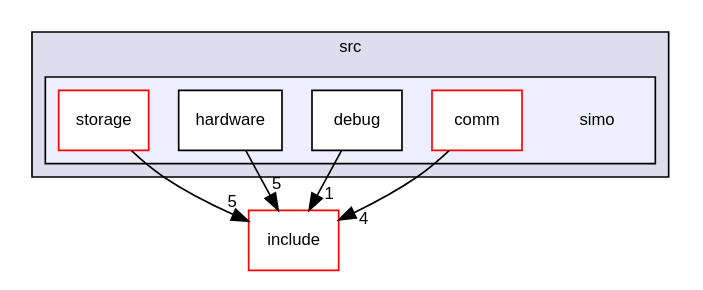
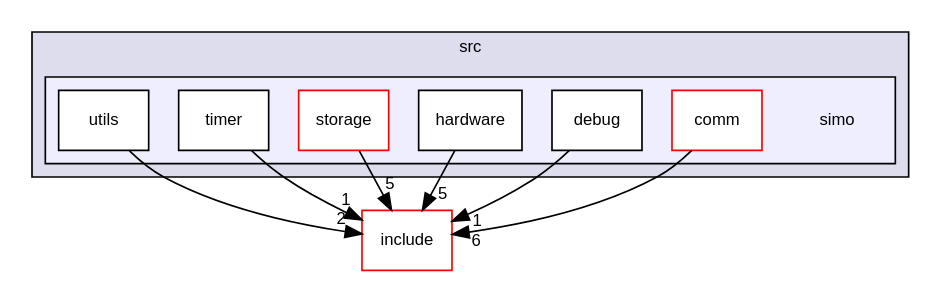
One commit to Germanvelardez2018/simo.v2 changed the diagram in docs/dir_c4acac0979fb7e09bcb67a660e699ac3_dep.dot. Above: the diagram before and after it, drawn with Graphviz. The commit also changed 212 other files, not shown here.

```diff
--- a/docs/dir_c4acac0979fb7e09bcb67a660e699ac3_dep.dot
+++ b/docs/dir_c4acac0979fb7e09bcb67a660e699ac3_dep.dot
@@ -1,21 +1,25 @@
 digraph "core/src/simo" {
   compound=true
   node [ fontsize="10", fontname="Helvetica"];
   edge [ labelfontsize="10", labelfontname="Helvetica"];
   subgraph clusterdir_90fd98a0ba30abf7a6068a44995d2d6b {
     graph [ bgcolor="#ddddee", pencolor="black", label="src" fontname="Helvetica", fontsize="10", URL="dir_90fd98a0ba30abf7a6068a44995d2d6b.html"]
   subgraph clusterdir_c4acac0979fb7e09bcb67a660e699ac3 {
     graph [ bgcolor="#eeeeff", pencolor="black", label="" URL="dir_c4acac0979fb7e09bcb67a660e699ac3.html"];
     dir_c4acac0979fb7e09bcb67a660e699ac3 [shape=plaintext label="simo"];
     dir_6fa789263611014976c50996af3517c5 [shape=box label="comm" color="red" fillcolor="white" style="filled" URL="dir_6fa789263611014976c50996af3517c5.html"];
     dir_1214f108a158601785dad9b171a6a316 [shape=box label="debug" color="black" fillcolor="white" style="filled" URL="dir_1214f108a158601785dad9b171a6a316.html"];
     dir_6d88a1801a5915da0665f21e766a543a [shape=box label="hardware" color="black" fillcolor="white" style="filled" URL="dir_6d88a1801a5915da0665f21e766a543a.html"];
     dir_2c8bc93ff3a5e0101bc097bb9a4d49bf [shape=box label="storage" color="red" fillcolor="white" style="filled" URL="dir_2c8bc93ff3a5e0101bc097bb9a4d49bf.html"];
+    dir_fb185aa072d8d934aa3fbb08a3bd6282 [shape=box label="timer" color="black" fillcolor="white" style="filled" URL="dir_fb185aa072d8d934aa3fbb08a3bd6282.html"];
+    dir_cc1ef491f4ee25ce6a4384d08b89957a [shape=box label="utils" color="black" fillcolor="white" style="filled" URL="dir_cc1ef491f4ee25ce6a4384d08b89957a.html"];
   }
   }
   dir_24d671cfcbc5d5238a6bd565a49d198f [shape=box label="include" fillcolor="white" style="filled" color="red" URL="dir_24d671cfcbc5d5238a6bd565a49d198f.html"];
-  dir_1214f108a158601785dad9b171a6a316->dir_24d671cfcbc5d5238a6bd565a49d198f [headlabel="1", labeldistance=1.5 headhref="dir_000013_000001.html"];
-  dir_6fa789263611014976c50996af3517c5->dir_24d671cfcbc5d5238a6bd565a49d198f [headlabel="4", labeldistance=1.5 headhref="dir_000011_000001.html"];
-  dir_2c8bc93ff3a5e0101bc097bb9a4d49bf->dir_24d671cfcbc5d5238a6bd565a49d198f [headlabel="5", labeldistance=1.5 headhref="dir_000015_000001.html"];
-  dir_6d88a1801a5915da0665f21e766a543a->dir_24d671cfcbc5d5238a6bd565a49d198f [headlabel="5", labeldistance=1.5 headhref="dir_000014_000001.html"];
+  dir_1214f108a158601785dad9b171a6a316->dir_24d671cfcbc5d5238a6bd565a49d198f [headlabel="1", labeldistance=1.5 headhref="dir_000015_000001.html"];
+  dir_cc1ef491f4ee25ce6a4384d08b89957a->dir_24d671cfcbc5d5238a6bd565a49d198f [headlabel="2", labeldistance=1.5 headhref="dir_000020_000001.html"];
+  dir_fb185aa072d8d934aa3fbb08a3bd6282->dir_24d671cfcbc5d5238a6bd565a49d198f [headlabel="1", labeldistance=1.5 headhref="dir_000019_000001.html"];
+  dir_6fa789263611014976c50996af3517c5->dir_24d671cfcbc5d5238a6bd565a49d198f [headlabel="6", labeldistance=1.5 headhref="dir_000013_000001.html"];
+  dir_2c8bc93ff3a5e0101bc097bb9a4d49bf->dir_24d671cfcbc5d5238a6bd565a49d198f [headlabel="5", labeldistance=1.5 headhref="dir_000017_000001.html"];
+  dir_6d88a1801a5915da0665f21e766a543a->dir_24d671cfcbc5d5238a6bd565a49d198f [headlabel="5", labeldistance=1.5 headhref="dir_000016_000001.html"];
 }
```
